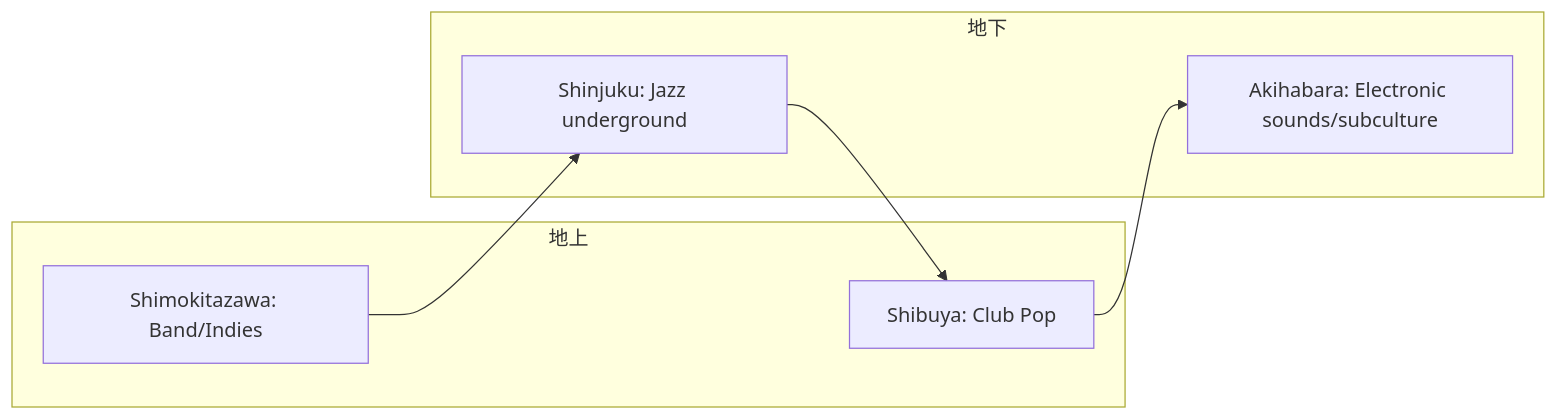
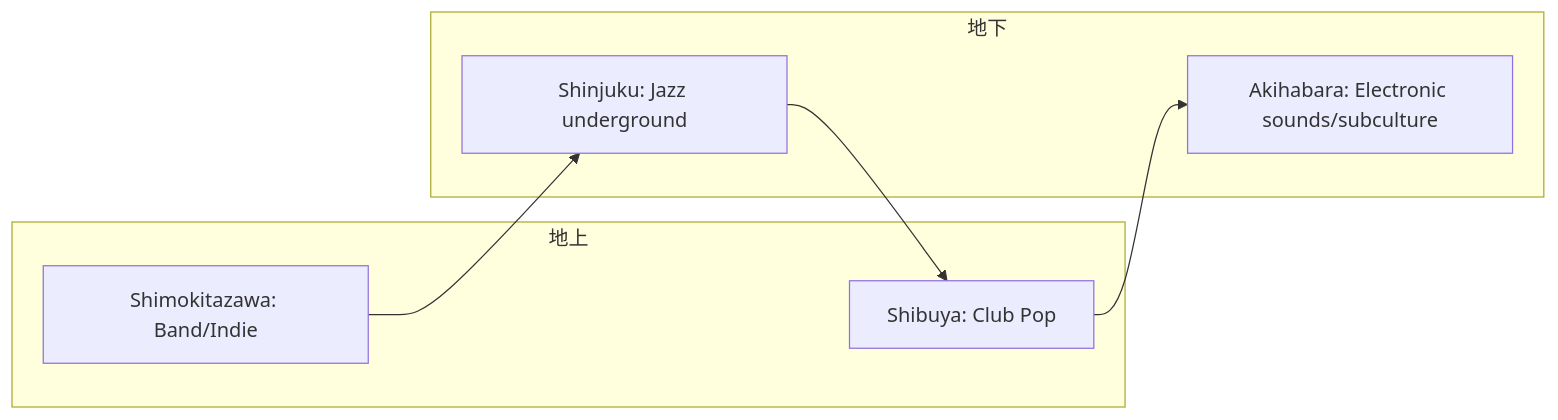
Before and after one commit to monumental-movement/monumental-movement.github.io: the second of 2 diagrams in en/_posts/2025-10-23-column-tokyo-sound-layers.md, drawn with Mermaid. The commit also changed other lines of this file and 252 other files, not shown here.

```diff
--- a/en/_posts/2025-10-23-column-tokyo-sound-layers.md
+++ b/en/_posts/2025-10-23-column-tokyo-sound-layers.md
@@ -152,17 +152,17 @@
 <div class="mermaid">
 
 graph LR
     subgraph 地上
         Shibuya["Shibuya: Club Pop"]
-        Shimokita["Shimokitazawa: Band/Indies"]
+        Shimokita["Shimokitazawa: Band/Indie"]
     end
     subgraph 地下
         Shinjuku["Shinjuku: Jazz underground"]
         Akiba["Akihabara: Electronic sounds/subculture"]
     end
 
     Shibuya --> Akiba
     Shimokita --> Shinjuku
     Shinjuku --> Shibuya
 
 </div>
```
